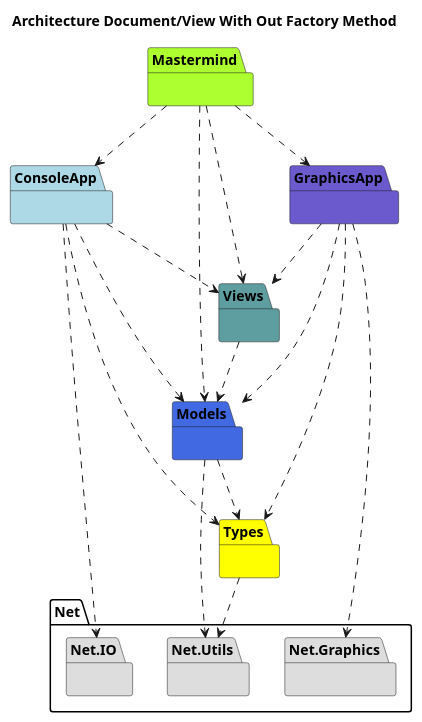
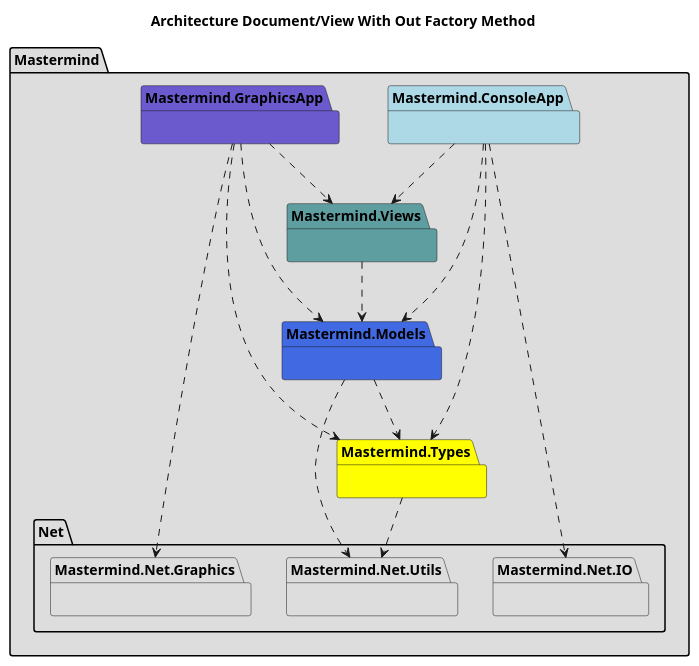
One commit to franpaulinoinfante/MasterSoftwareDevelopment changed the diagram in src/Mastermind/DocumentView/WitOutFactoryMethod/Docs/Architecture.plantuml. Above: the diagram before and after it, drawn with PlantUML. The commit also changed 4 other files, not shown here.

```diff
--- a/src/Mastermind/DocumentView/WitOutFactoryMethod/Docs/Architecture.plantuml
+++ b/src/Mastermind/DocumentView/WitOutFactoryMethod/Docs/Architecture.plantuml
@@ -1,36 +1,32 @@
 @startuml ArchitectureDocumentViewBasic
 title Architecture Document/View With Out Factory Method
 
-namespace Mastermind #GreenYellow { }
-namespace ConsoleApp #LightBlue { }
-namespace GraphicsApp #SlateBlue {}
-namespace Views #CadetBlue {}
-namespace Models #RoyalBlue { }
-namespace Types #Yellow { }
-namespace Net.IO #DDDDDD { }
-namespace Net.Utils #DDDDDD { }
-namespace Net.Graphics #DDDDDD{}
+namespace Mastermind #DDDDDD {
+    namespace Mastermind.ConsoleApp #LightBlue { }
+    namespace Mastermind.GraphicsApp #SlateBlue {}
+    namespace Mastermind.Views #CadetBlue {}
+    namespace Mastermind.Models #RoyalBlue { }
+    namespace Mastermind.Types #Yellow { }
+    namespace Net.IO #DDDDDD { }
+    namespace Net.Utils #DDDDDD { }
+    namespace Net.Graphics #DDDDDD{}
 
-Mastermind .down.> Models
-Mastermind .down.> Views
-Mastermind .down.> ConsoleApp
-Mastermind .down.> GraphicsApp
 
-ConsoleApp .down.> Models
-ConsoleApp .down.> Views
-ConsoleApp .down.> Types
-ConsoleApp ..> Net.IO
+    Mastermind.ConsoleApp .down.> Mastermind.Models
+    Mastermind.ConsoleApp .down.> Mastermind.Views
+    Mastermind.ConsoleApp .down.> Mastermind.Types
+    Mastermind.ConsoleApp ..> Net.IO
 
-GraphicsApp .down.> Models
-GraphicsApp .down.> Views
-GraphicsApp .down.> Types
-GraphicsApp .down.> Net.Graphics
+    Mastermind.GraphicsApp .down.> Mastermind.Models
+    Mastermind.GraphicsApp .down.> Mastermind.Views
+    Mastermind.GraphicsApp .down.> Mastermind.Types
+    Mastermind.GraphicsApp .down.> Net.Graphics
 
-Views .down.> Models
+    Mastermind.Views .down.> Mastermind.Models
 
-Models .down.> Types
-Models ..> Net.Utils
+    Mastermind.Models .down.> Mastermind.Types
+    Mastermind.Models ..> Net.Utils
 
-Types ..> Net.Utils
-
+    Mastermind.Types ..> Net.Utils
+ }
 @enduml
```
